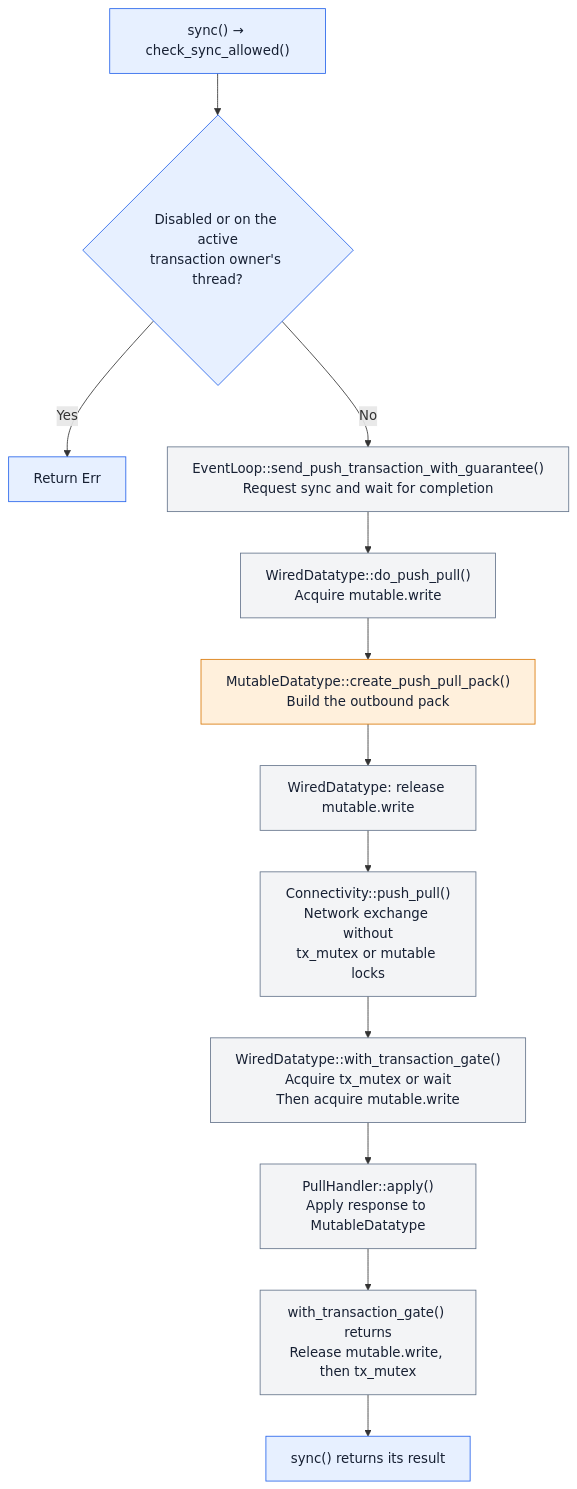
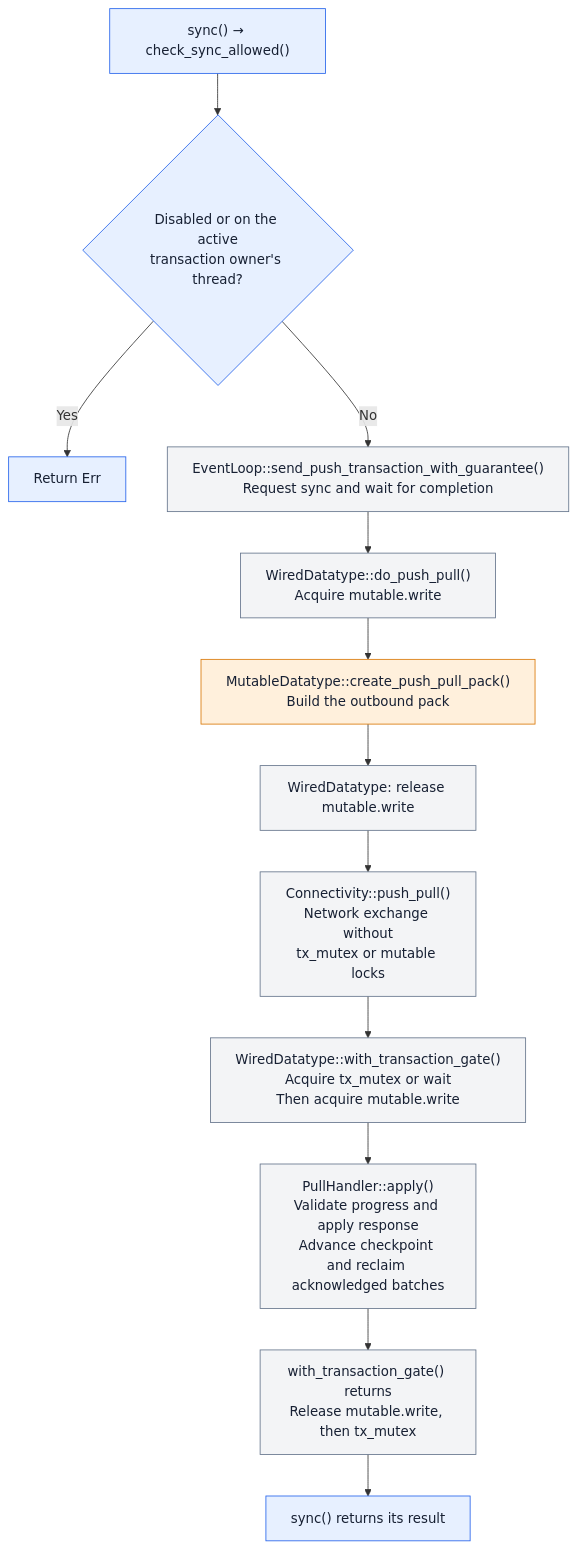
The fourth of 4 diagrams in docs/transaction-and-rollback.md (qortoo/qortoo-rs), drawn with Mermaid before and after one commit. The commit also changed other lines of this file and 8 other files, not shown here.

First line of the commit message:
🪲fix(datatypes): reclaim server-acknowledged push transactions

````diff
--- a/docs/transaction-and-rollback.md
+++ b/docs/transaction-and-rollback.md
@@ -249,18 +252,18 @@
 ```mermaid
 flowchart TD
     A["sync() → check_sync_allowed()"]:::td --> B{"Disabled or on the active<br/>transaction owner's thread?"}:::td
     B -- Yes --> C["Return Err"]:::td
     B -- No --> D["EventLoop::send_push_transaction_with_guarantee()<br/>Request sync and wait for completion"]:::other
     D --> E["WiredDatatype::do_push_pull()<br/>Acquire mutable.write"]:::other
     E --> F["MutableDatatype::create_push_pull_pack()<br/>Build the outbound pack"]:::md
     F --> G["WiredDatatype: release mutable.write"]:::other
     G --> H["Connectivity::push_pull()<br/>Network exchange without<br/>tx_mutex or mutable locks"]:::other
     H --> I["WiredDatatype::with_transaction_gate()<br/>Acquire tx_mutex or wait<br/>Then acquire mutable.write"]:::other
-    I --> J["PullHandler::apply()<br/>Apply response to MutableDatatype"]:::other
+    I --> J["PullHandler::apply()<br/>Validate progress and apply response<br/>Advance checkpoint and reclaim acknowledged batches"]:::other
     J --> K["with_transaction_gate() returns<br/>Release mutable.write, then tx_mutex"]:::other
     K --> L["sync() returns its result"]:::td
 
     classDef td fill:#e7f0ff,stroke:#2563eb,color:#172033;
     classDef md fill:#fff0dc,stroke:#d97706,color:#172033;
     classDef other fill:#f3f4f6,stroke:#64748b,color:#172033;
 ```
````
